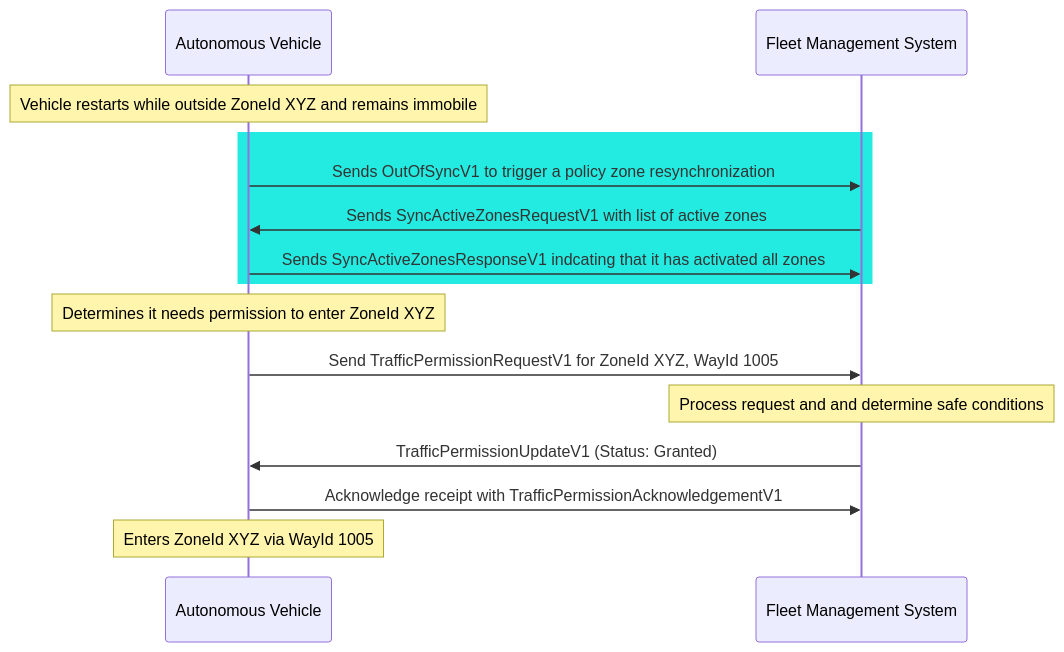
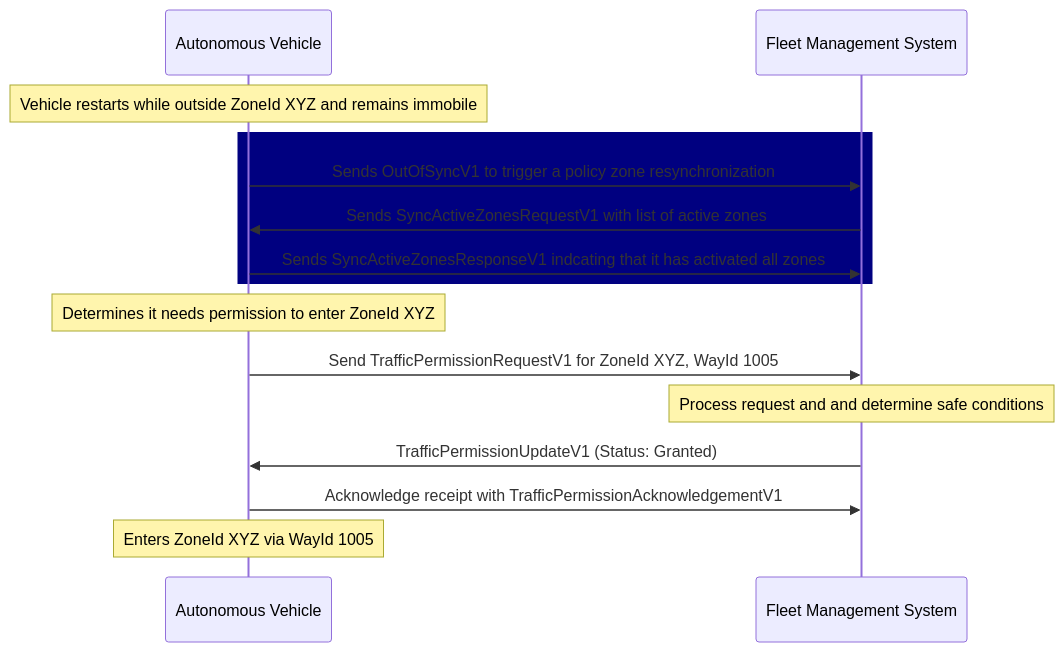
The fifth of 6 diagrams in diagram/RequestingPermission.md (open-autonomy/traffic-management), drawn with Mermaid before and after one commit. The commit also changed other lines of this file, not shown here.

Commit message:
Update RequestingPermission.md
Change bakground color on selection to see the text

````diff
--- a/diagram/RequestingPermission.md
+++ b/diagram/RequestingPermission.md
@@ -93,18 +93,18 @@
 ```mermaid
 sequenceDiagram
 	participant AV as Autonomous Vehicle
 	participant FMS as Fleet Management System
 	Note over AV: Vehicle restarts while outside ZoneId XYZ and remains immobile
-	rect rgba(36, 235, 225, 1)
+	rect rgba(0, 0, 128, 1)
 		AV->>FMS: Sends OutOfSyncV1 to trigger a policy zone resynchronization
 		FMS->>AV: Sends SyncActiveZonesRequestV1 with list of active zones
 		AV->>FMS: Sends SyncActiveZonesResponseV1 indcating that it has activated all zones
 	end
 	Note over AV: Determines it needs permission to enter ZoneId XYZ
 	
 	AV->>FMS: Send TrafficPermissionRequestV1 for ZoneId XYZ, WayId 1005
 	Note over FMS: Process request and and determine safe conditions
 	FMS->>AV: TrafficPermissionUpdateV1 (Status: Granted)
 	AV->>FMS: Acknowledge receipt with TrafficPermissionAcknowledgementV1
 	Note over AV: Enters ZoneId XYZ via WayId 1005
 ```
````
